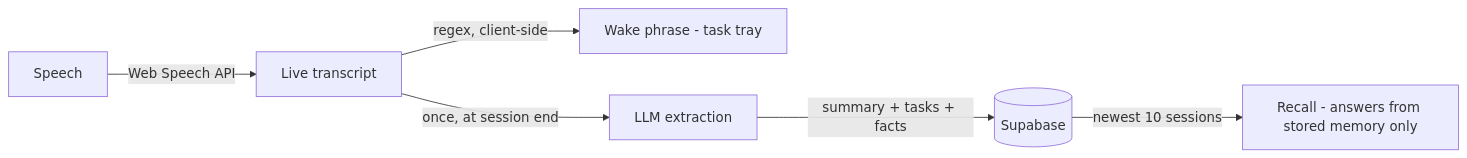
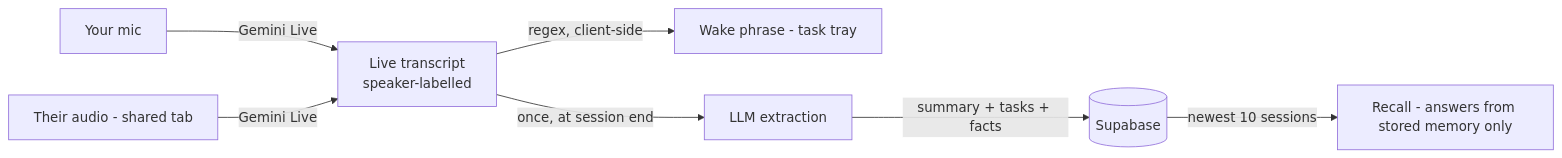
Before and after one commit to Kristiano717/iqoo: the diagram in README.md, drawn with Mermaid. The commit also changed other lines of this file and 11 other files, not shown here.

````diff
--- a/README.md
+++ b/README.md
@@ -50,8 +50,9 @@
 ```mermaid
 flowchart LR
-  A[Speech] -->|Web Speech API| B[Live transcript]
+  A[Your mic] -->|Gemini Live| B[Live transcript<br/>speaker-labelled]
+  A2[Their audio - shared tab] -->|Gemini Live| B
   B -->|regex, client-side| C[Wake phrase - task tray]
   B -->|once, at session end| D[LLM extraction]
   D -->|summary + tasks + facts| E[(Supabase)]
   E -->|newest 10 sessions| F[Recall - answers from stored memory only]
 ```
````
